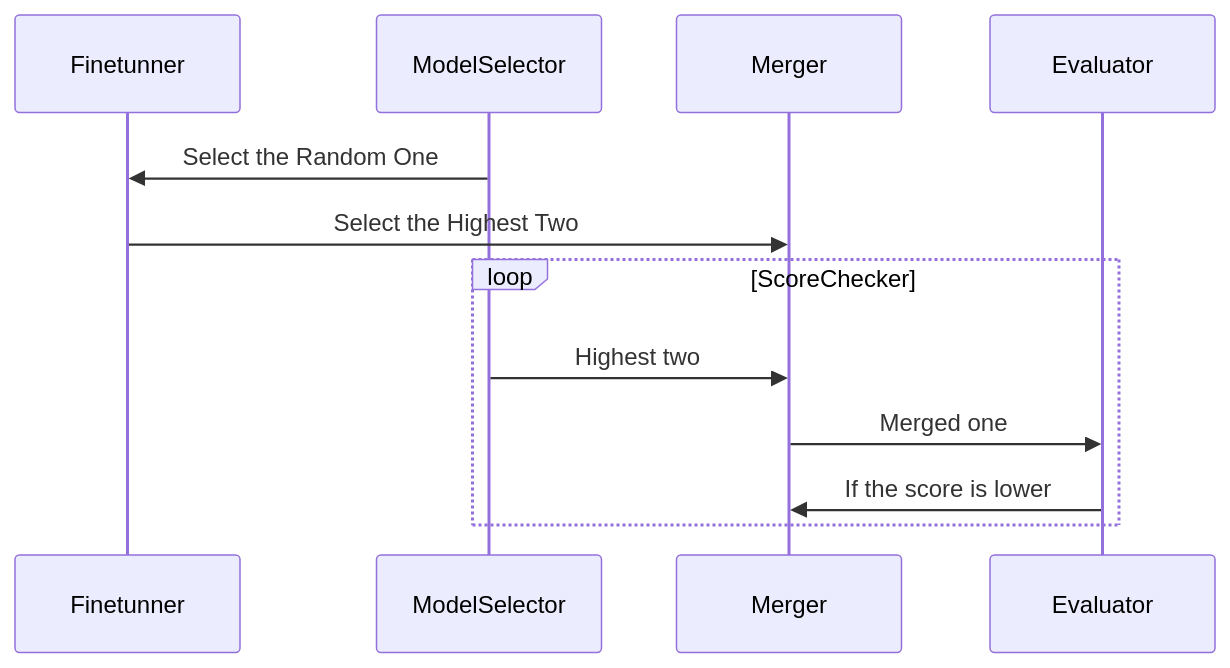
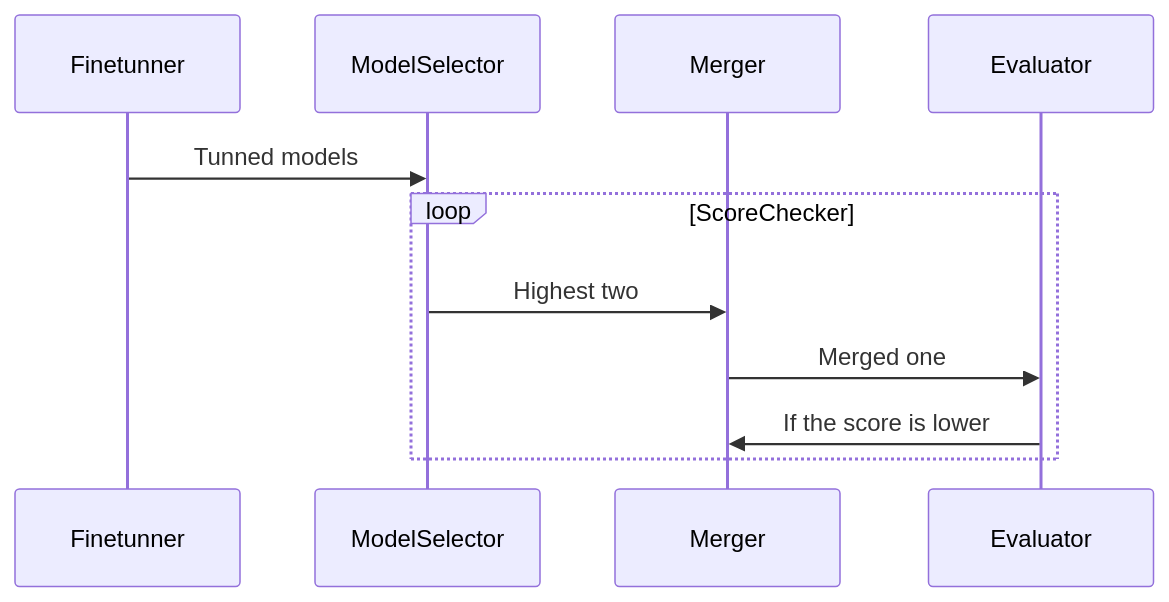
Before and after one commit to javafa/javafa: the diagram in README.md, drawn with Mermaid.

````diff
--- a/README.md
+++ b/README.md
@@ -18,14 +18,13 @@
 ```mermaid
 sequenceDiagram
     participant Finetunner
     participant ModelSelector
     participant Merger
     participant Evaluator
-    ModelSelector->>Finetunner: Select the Random One
-    Finetunner->>Merger: Select the Highest Two
+    Finetunner->>ModelSelector: Tunned models
     loop ScoreChecker
         ModelSelector->>Merger: Highest two
         Merger->>Evaluator: Merged one
         Evaluator->>Merger: If the score is lower
     end
 ```
````
